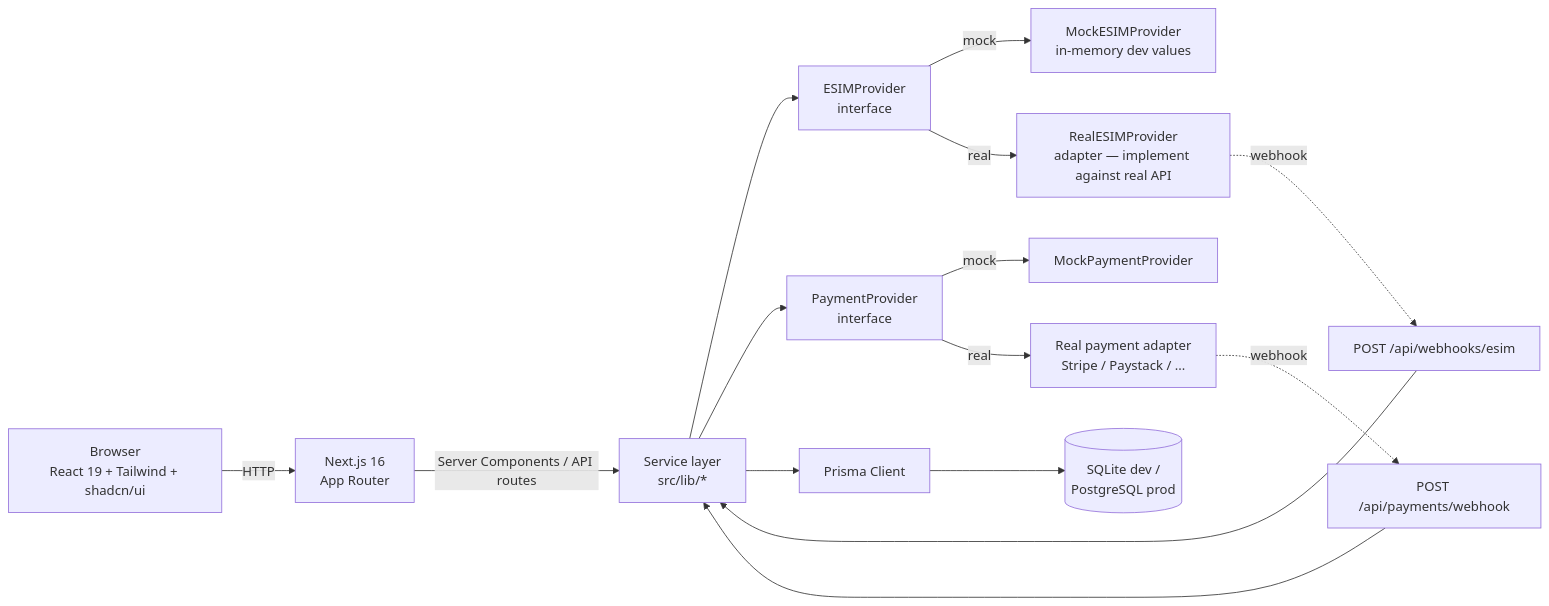
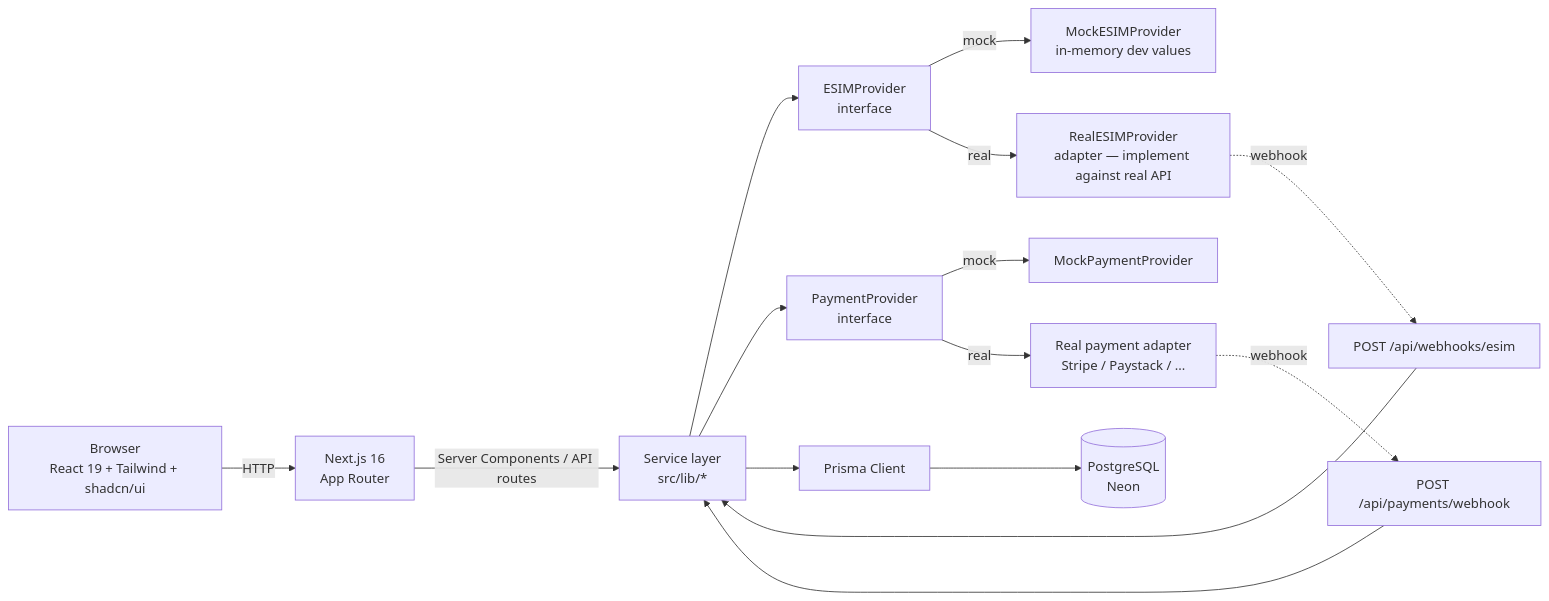
One commit to pectoraux/roamlink changed the first of 2 diagrams in README.md. Above: the diagram before and after it, drawn with Mermaid. The commit also changed other lines of this file and 3 other files, not shown here.

First line of the commit message:
fix: lock PostgreSQL as the only supported database — remove all SQLite references

````diff
--- a/README.md
+++ b/README.md
@@ -241,17 +233,17 @@
 ```mermaid
 flowchart LR
   Browser[Browser<br/>React 19 + Tailwind + shadcn/ui] -->|HTTP| Next[Next.js 16<br/>App Router]
   Next -->|Server Components / API routes| Lib[Service layer<br/>src/lib/*]
   Lib --> ESim[ESIMProvider<br/>interface]
   Lib --> Pay[PaymentProvider<br/>interface]
   ESim -->|mock| MockE[MockESIMProvider<br/>in-memory dev values]
   ESim -->|real| RealE[RealESIMProvider<br/>adapter — implement against real API]
   Pay -->|mock| MockP[MockPaymentProvider]
   Pay -->|real| RealP[Real payment adapter<br/>Stripe / Paystack / ...]
   Lib --> Prisma[Prisma Client]
-  Prisma --> DB[(SQLite dev /<br/>PostgreSQL prod)]
+  Prisma --> DB[(PostgreSQL<br/>Neon)]
   RealE -.webhook.-> WH1[POST /api/webhooks/esim]
   RealP -.webhook.-> WH2[POST /api/payments/webhook]
   WH1 --> Lib
   WH2 --> Lib
 ```
````
